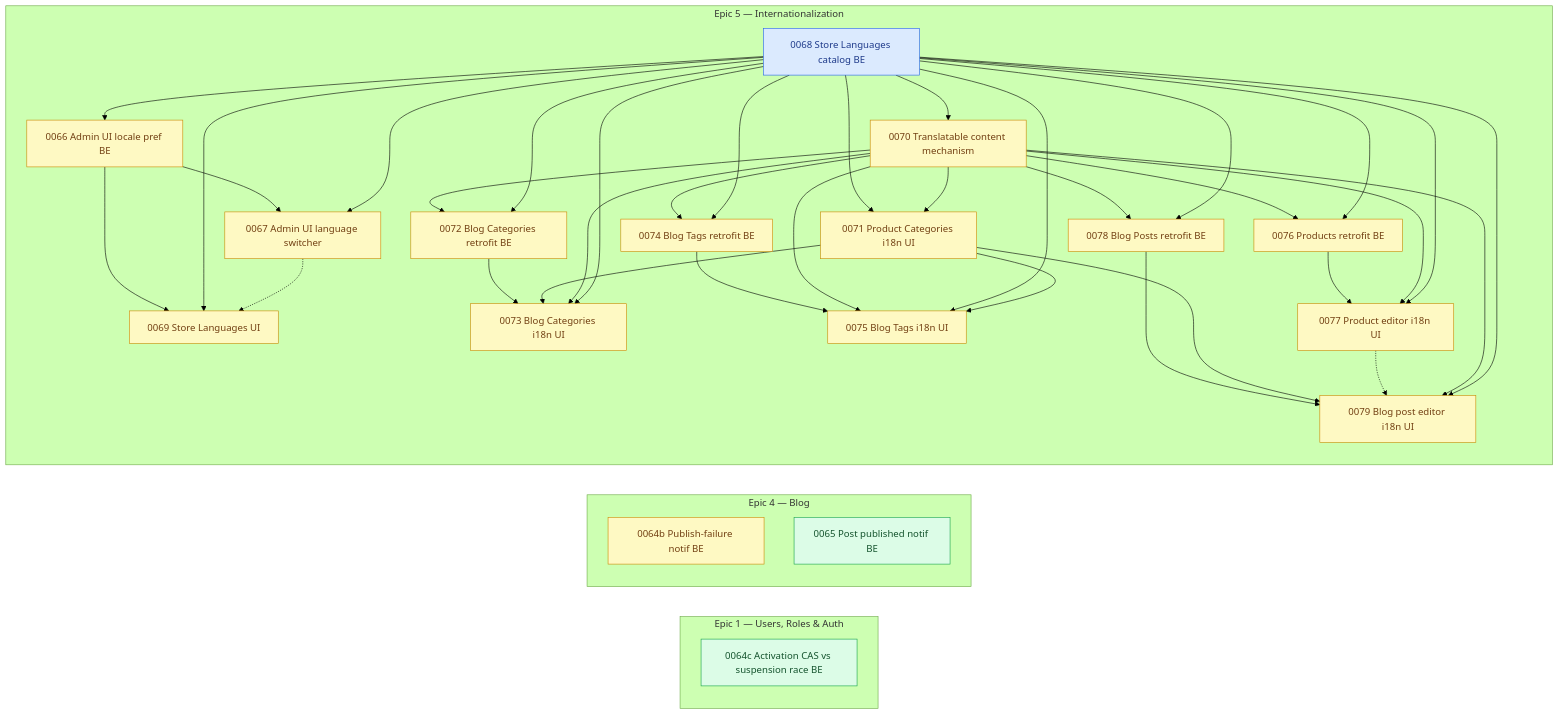
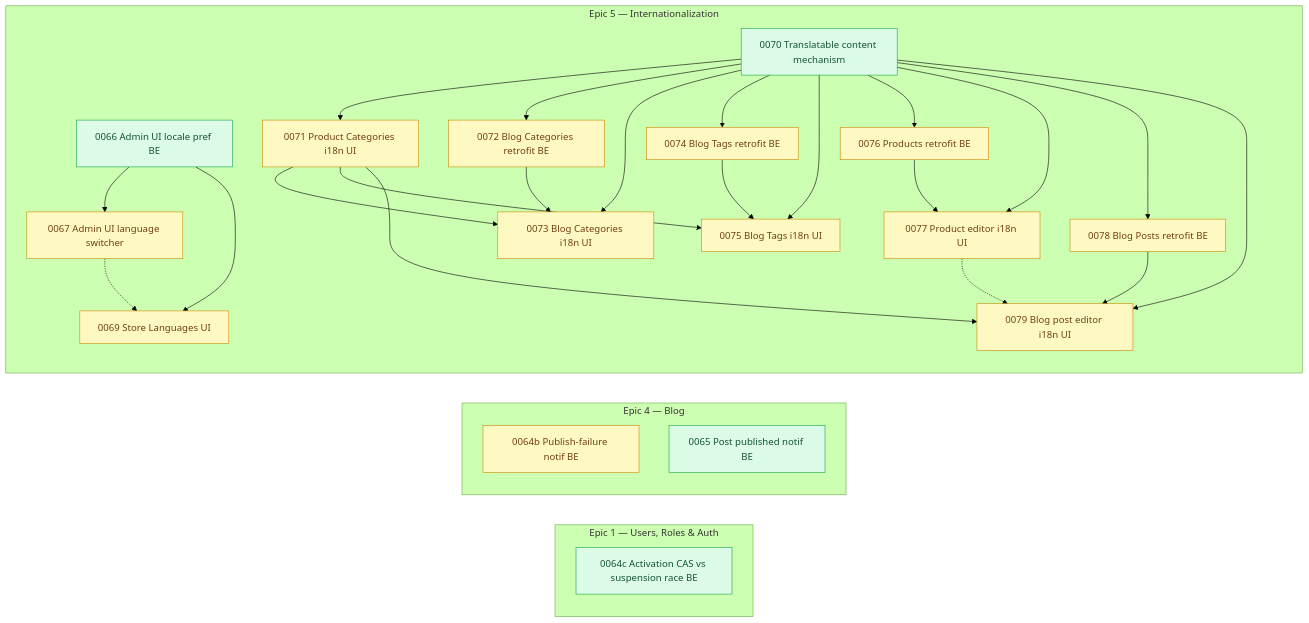
One commit to shojen/AI4Devs-finalproject changed the diagram in arospe/ai-spec/tasks-map.md. Above: the diagram before and after it, drawn with Mermaid (forest theme). The commit also changed other lines of this file and 15 other files, not shown here.

````diff
--- a/arospe/ai-spec/tasks-map.md
+++ b/arospe/ai-spec/tasks-map.md
@@ -293,7 +300,6 @@
         direction TB
         P0066["0066 Admin UI locale pref BE"]
         P0067["0067 Admin UI language switcher"]
-        P0068["0068 Store Languages catalog BE"]
         P0069["0069 Store Languages UI"]
         P0070["0070 Translatable content mechanism"]
         P0071["0071 Product Categories i18n UI"]
@@ -339,41 +345,31 @@
     %% and every edge touching it are removed; 0062/0063/0064 had no other incoming edge and are now ready)
 
     %% i18n
-    P0068 --> P0066
+    %% (P0068 --> P0066/P0067/P0069/P0070/P0071/P0072/P0073/P0074/P0075/P0076/P0077/P0078/P0079
+    %% dropped: 0068 closed to done/ this pass -- every edge in this subgraph originated *from*
+    %% P0068, so removing its node drops all thirteen at once. 0066 and 0070 each had 0068 as
+    %% their only pending dependency and are now ready.)
     P0066 --> P0067
-    P0068 --> P0067
     P0066 --> P0069
-    P0068 --> P0069
     P0067 -.-> P0069
-    P0068 --> P0070
-    P0068 --> P0071
     P0070 --> P0071
     P0070 --> P0072
-    P0068 --> P0072
     P0072 --> P0073
     P0071 --> P0073
     P0070 --> P0073
-    P0068 --> P0073
     P0070 --> P0074
-    P0068 --> P0074
     P0074 --> P0075
     P0070 --> P0075
-    P0068 --> P0075
     P0071 --> P0075
     P0070 --> P0076
-    P0068 --> P0076
     P0076 --> P0077
     P0070 --> P0077
-    P0068 --> P0077
     P0070 --> P0078
-    P0068 --> P0078
     P0078 --> P0079
     P0071 --> P0079
     P0077 -.-> P0079
     P0070 --> P0079
-    P0068 --> P0079
 
-    class P0064b,P0066,P0067,P0069,P0070,P0071,P0072,P0073,P0074,P0075,P0076,P0077,P0078,P0079 pending;
-    class P0064c,P0065 ready;
-    class P0068 claimed;
+    class P0064b,P0067,P0069,P0071,P0072,P0073,P0074,P0075,P0076,P0077,P0078,P0079 pending;
+    class P0064c,P0065,P0066,P0070 ready;
 ```
````
